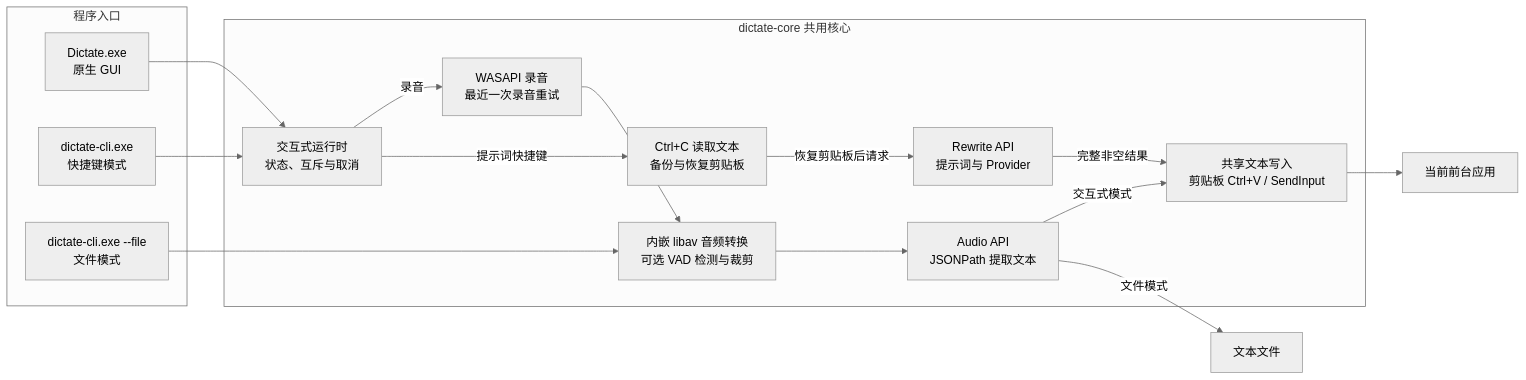
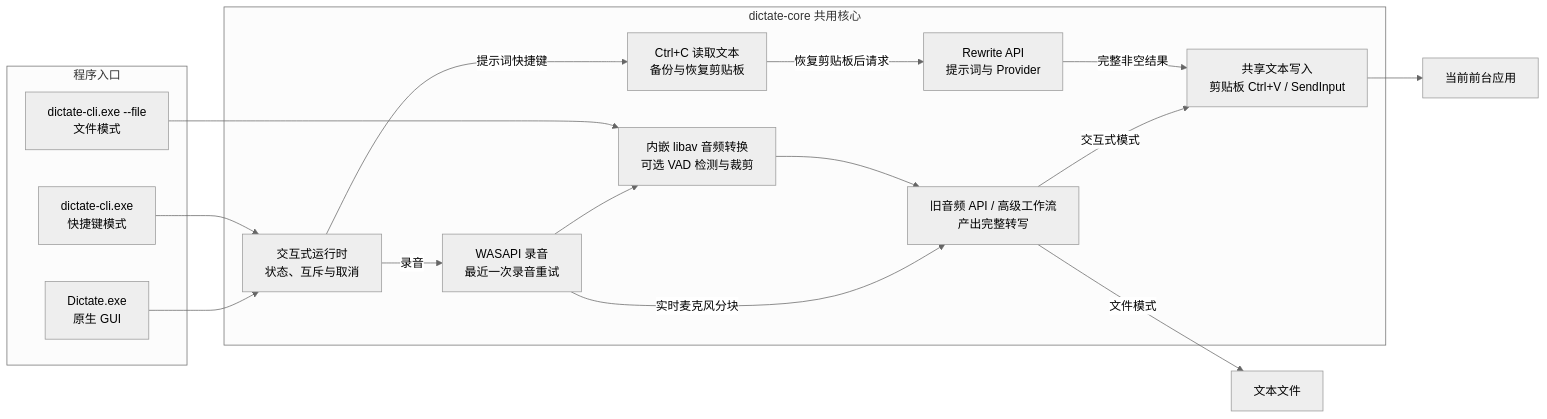
One commit to Joey-Kot/Dictate-for-Windows changed the first of 3 diagrams in README_ZH.md. Above: the diagram before and after it, drawn with Mermaid (neutral theme). The commit also changed other lines of this file and 48 other files, not shown here.

First line of the commit message:
feat(advanced-audio): 实现声明式高级音频 API 工作流

````diff
--- a/README_ZH.md
+++ b/README_ZH.md
@@ -43,31 +44,32 @@
 ```mermaid
 flowchart LR
     subgraph Entry["程序入口"]
         GUI["Dictate.exe<br/>原生 GUI"]
         CLI["dictate-cli.exe<br/>快捷键模式"]
         FileMode["dictate-cli.exe --file<br/>文件模式"]
     end
 
     subgraph Core["dictate-core 共用核心"]
         Runtime["交互式运行时<br/>状态、互斥与取消"]
         Recorder["WASAPI 录音<br/>最近一次录音重试"]
         Selection["Ctrl+C 读取文本<br/>备份与恢复剪贴板"]
         Prepare["内嵌 libav 音频转换<br/>可选 VAD 检测与裁剪"]
-        ASR["Audio API<br/>JSONPath 提取文本"]
+        ASR["旧音频 API / 高级工作流<br/>产出完整转写"]
         Rewrite["Rewrite API<br/>提示词与 Provider"]
         Output["共享文本写入<br/>剪贴板 Ctrl+V / SendInput"]
     end
 
     GUI --> Runtime
     CLI --> Runtime
     Runtime -->|录音| Recorder
     Recorder --> Prepare
+    Recorder -->|实时麦克风分块| ASR
     FileMode --> Prepare
     Prepare --> ASR
     Runtime -->|提示词快捷键| Selection
     Selection -->|恢复剪贴板后请求| Rewrite
     ASR -->|交互式模式| Output
     Rewrite -->|完整非空结果| Output
     Output --> App["当前前台应用"]
     ASR -->|文件模式| TextFile["文本文件"]
 ```
````
